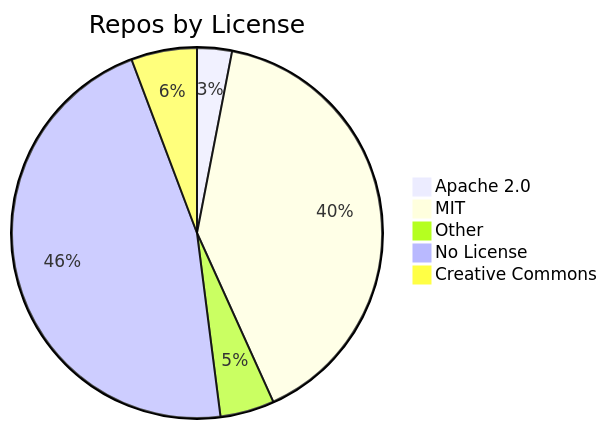
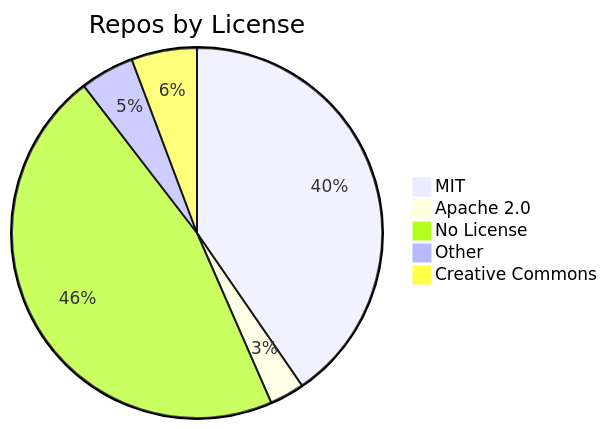
One commit to jpatterson933/awesome-mcp-server-repo-index changed the diagram in README.md. Above: the diagram before and after it, drawn with Mermaid. The commit also changed other lines of this file and 3 other files, not shown here.

````diff
--- a/README.md
+++ b/README.md
@@ -29,8 +29,8 @@
 ```mermaid
 pie title Repos by License
+    "MIT" : 120
     "Apache 2.0" : 9
-    "MIT" : 119
+    "No License" : 137
     "Other" : 14
-    "No License" : 137
     "Creative Commons" : 17
 ```
````
